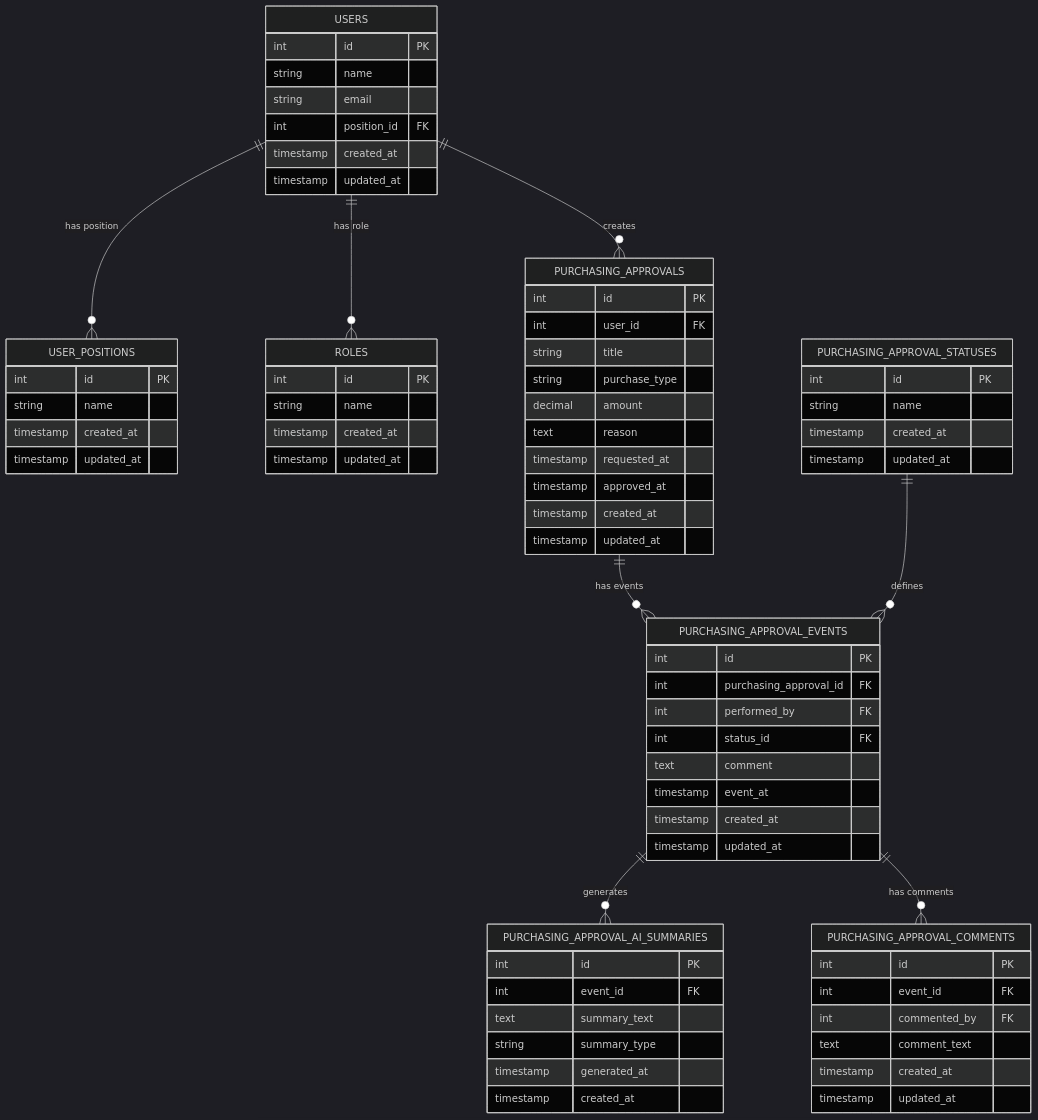
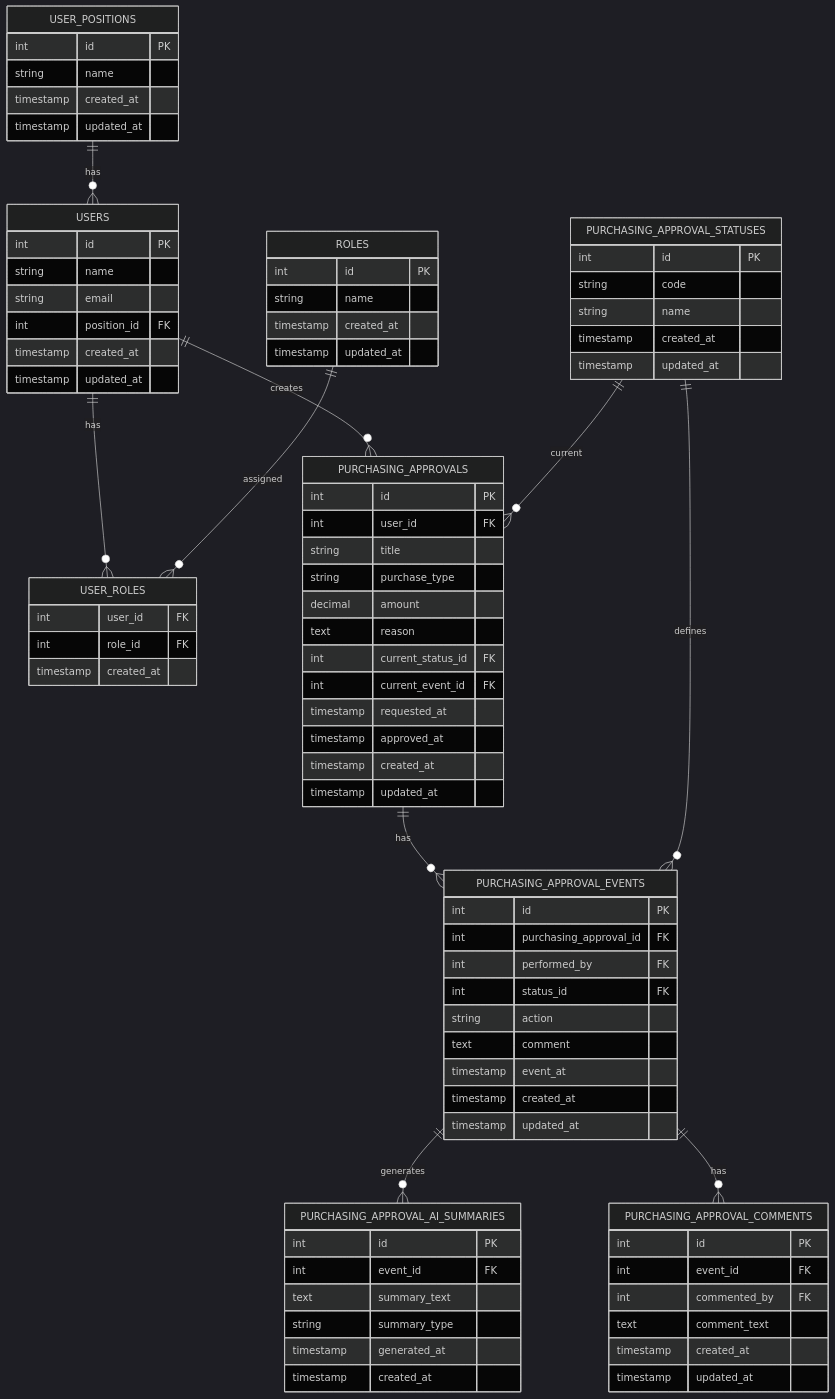
The diagram in docs/diagrams/er/er.mmd (Yamazaki-Katsunori/poc-purchasing-approval), drawn with Mermaid (dark theme) before and after one commit. The commit also changed 8 other files, not shown here.

Commit message:
docs commit: adrs all correct | endpoints.md create | er.mmd / ddl.md correct | requirements.md correct / state-transitions.md create | adr-004-current-status-strategy.md create

```diff
--- a/docs/diagrams/er/er.mmd
+++ b/docs/diagrams/er/er.mmd
@@ -1,80 +1,157 @@
 erDiagram
     USERS {
+        %% ユーザーID
         int id PK
+        %% 氏名
         string name
+        %% メールアドレス
         string email
+        %% 役職ID
         int position_id FK
+        %% 作成日時
         timestamp created_at
+        %% 更新日時
         timestamp updated_at
     }
 
     USER_POSITIONS {
+        %% 役職マスタID
         int id PK
+        %% 役職名
         string name
+        %% 作成日時
         timestamp created_at
+        %% 更新日時
         timestamp updated_at
     }
 
     ROLES {
+        %% ロールID
         int id PK
+        %% ロール名
         string name
+        %% 作成日時
         timestamp created_at
+        %% 更新日時
         timestamp updated_at
     }
 
+    USER_ROLES {
+        %% ユーザーID
+        int user_id FK
+        %% ロールID
+        int role_id FK
+        %% 付与日時
+        timestamp created_at
+    }
+
     PURCHASING_APPROVALS {
+        %% 購買申請ID
         int id PK
+        %% 申請者ユーザーID
         int user_id FK
+        %% 件名
         string title
+        %% 購買種別（例: goods/service/subscription）
         string purchase_type
+        %% 金額
         decimal amount
+        %% 申請理由
         text reason
+
+        %% 現在ステータスID（スナップショット）
+        int current_status_id FK
+        %% 現在イベントID（最新イベント参照・最適化用）
+        int current_event_id FK
+
+        %% 申請日時（初回submitイベント時刻のスナップショット）
         timestamp requested_at
+        %% 承認日時（approveイベント時刻のスナップショット）
         timestamp approved_at
+
+        %% 作成日時
         timestamp created_at
+        %% 更新日時
         timestamp updated_at
     }
 
     PURCHASING_APPROVAL_STATUSES {
+        %% ステータスID
         int id PK
+        %% ステータスコード（例: DRAFT/PENDING）
+        string code
+        %% ステータス名
         string name
+        %% 作成日時
         timestamp created_at
+        %% 更新日時
         timestamp updated_at
     }
 
     PURCHASING_APPROVAL_EVENTS {
+        %% 申請イベントID
         int id PK
+        %% 購買申請ID
         int purchasing_approval_id FK
+        %% 実行者ユーザーID
         int performed_by FK
+        %% 遷移先ステータスID
         int status_id FK
+
+        %% アクション（例: submit/approve/reject/return/cancel/comment）
+        string action
+        %% イベントコメント（任意）
         text comment
+
+        %% イベント発生日時（業務時刻）
         timestamp event_at
+        %% 作成日時（記録時刻）
         timestamp created_at
+        %% 更新日時
         timestamp updated_at
     }
 
     PURCHASING_APPROVAL_AI_SUMMARIES {
+        %% AI要約ID
         int id PK
+        %% 対象イベントID
         int event_id FK
+        %% 要約本文
         text summary_text
+        %% 要約種別（例: short/decision/risk）
         string summary_type
+        %% 生成日時
         timestamp generated_at
+        %% 作成日時
         timestamp created_at
     }
 
     PURCHASING_APPROVAL_COMMENTS {
+        %% コメントID
         int id PK
+        %% 紐づくイベントID
         int event_id FK
+        %% コメント投稿者ユーザーID
         int commented_by FK
+        %% コメント本文
         text comment_text
+        %% 作成日時
         timestamp created_at
+        %% 更新日時
         timestamp updated_at
     }
 
-    USERS ||--o{ USER_POSITIONS : "has position"
-    USERS ||--o{ ROLES : "has role"
+    %% relations
+    USER_POSITIONS ||--o{ USERS : "has"
     USERS ||--o{ PURCHASING_APPROVALS : "creates"
-    PURCHASING_APPROVALS ||--o{ PURCHASING_APPROVAL_EVENTS : "has events"
+
+    USERS ||--o{ USER_ROLES : "has"
+    ROLES ||--o{ USER_ROLES : "assigned"
+
+    PURCHASING_APPROVALS ||--o{ PURCHASING_APPROVAL_EVENTS : "has"
+    PURCHASING_APPROVAL_STATUSES ||--o{ PURCHASING_APPROVAL_EVENTS : "defines"
+
     PURCHASING_APPROVAL_EVENTS ||--o{ PURCHASING_APPROVAL_AI_SUMMARIES : "generates"
-    PURCHASING_APPROVAL_EVENTS ||--o{ PURCHASING_APPROVAL_COMMENTS : "has comments"
-    PURCHASING_APPROVAL_STATUSES ||--o{ PURCHASING_APPROVAL_EVENTS : "defines"
+    PURCHASING_APPROVAL_EVENTS ||--o{ PURCHASING_APPROVAL_COMMENTS : "has"
+
+    PURCHASING_APPROVAL_STATUSES ||--o{ PURCHASING_APPROVALS : "current"
```
